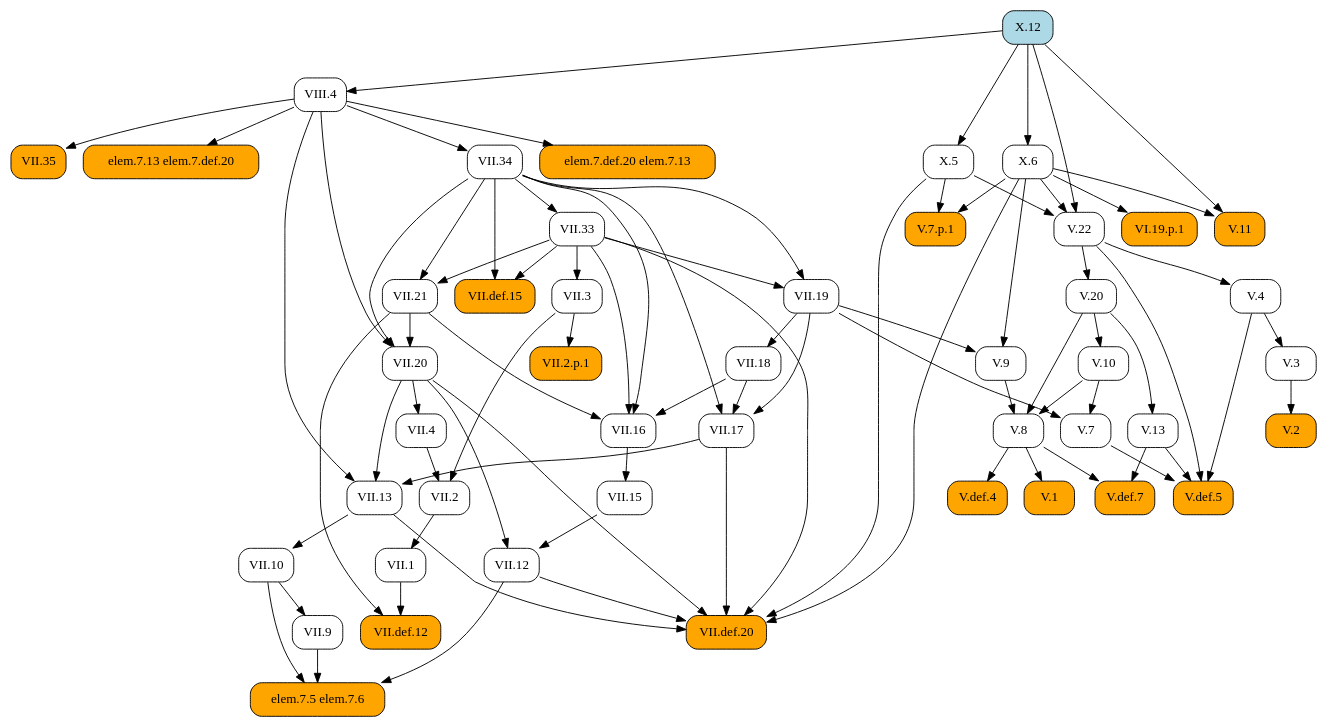
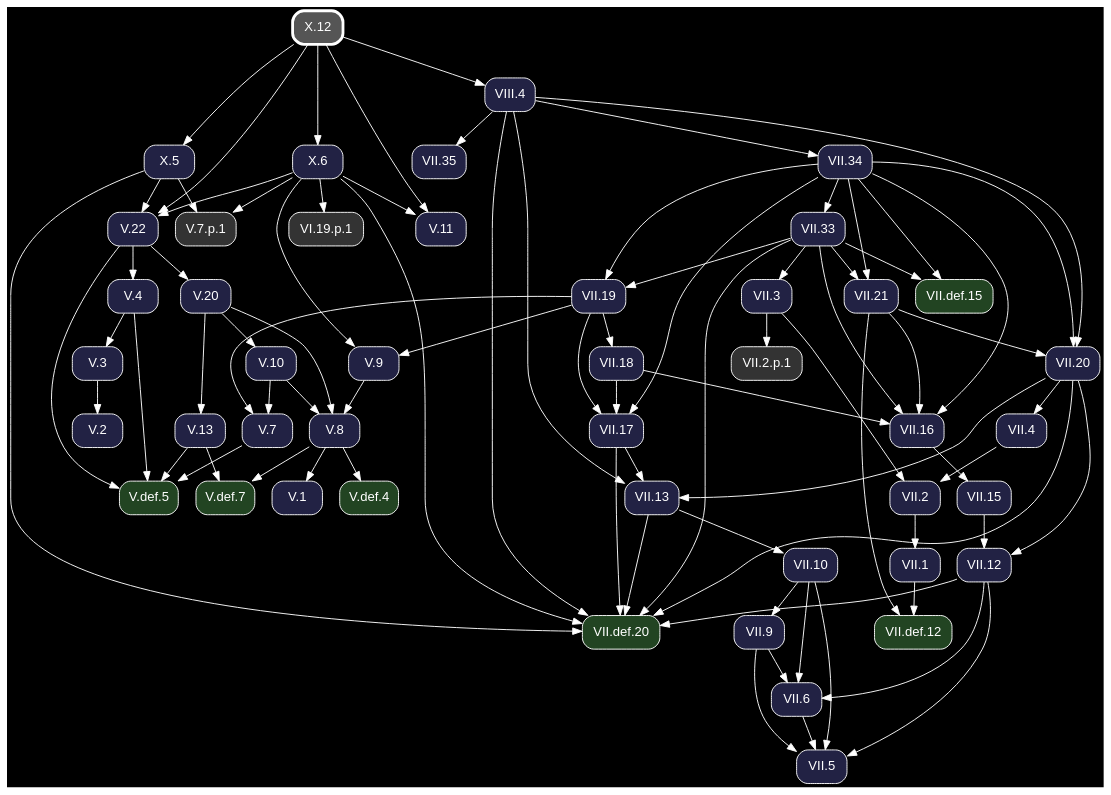
One commit to geometor/elements changed the diagram in docsrc/heath/X/12/index.rst. Above: the diagram before and after it, drawn with Graphviz. The commit also changed other lines of this file and 1200 other files, not shown here.

Commit message:
update dependency graphs

```diff
--- a/docsrc/heath/X/12/index.rst
+++ b/docsrc/heath/X/12/index.rst
@@ -50,98 +50,65 @@
 .. graphviz::
 
    digraph {
+     bgcolor="black";
+     node [shape=box, style="rounded,filled", fontname="Helvetica", color="white", fontcolor="white"];
+     edge [color="white", fontcolor="white"];
      rankdir="TB";
-     node [shape=box, style=rounded];
-     "VII.33" [URL="/heath/VII/33/", target="_top"];
-     "VII.12" [URL="/heath/VII/12/", target="_top"];
-     "elem.7.def.20 elem.7.13" [style="rounded,filled", fillcolor=orange];
-     "elem.7.5 elem.7.6" [style="rounded,filled", fillcolor=orange];
-     "VII.9" [URL="/heath/VII/9/", target="_top"];
-     "VII.34" [URL="/heath/VII/34/", target="_top"];
-     "V.13" [URL="/heath/V/13/", target="_top"];
-     "VII.18" [URL="/heath/VII/18/", target="_top"];
-     "VII.16" [URL="/heath/VII/16/", target="_top"];
-     "V.7" [URL="/heath/V/7/", target="_top"];
-     "V.7.p.1" [style="rounded,filled", fillcolor=orange];
-     "X.12" [style="rounded,filled", fillcolor=lightblue, URL="/heath/X/12/", target="_top"];
-     "V.def.5" [style="rounded,filled", fillcolor=orange, URL="/heath/V/def.5/", target="_top"];
-     "X.6" [URL="/heath/X/6/", target="_top"];
-     "V.9" [URL="/heath/V/9/", target="_top"];
-     "VII.10" [URL="/heath/VII/10/", target="_top"];
-     "VII.13" [URL="/heath/VII/13/", target="_top"];
-     "V.10" [URL="/heath/V/10/", target="_top"];
-     "VIII.4" [URL="/heath/VIII/4/", target="_top"];
-     "V.4" [URL="/heath/V/4/", target="_top"];
-     "V.20" [URL="/heath/V/20/", target="_top"];
-     "VII.35" [style="rounded,filled", fillcolor=orange, URL="/heath/VII/35/", target="_top"];
-     "VII.def.15" [style="rounded,filled", fillcolor=orange, URL="/heath/VII/def.15/", target="_top"];
-     "V.11" [style="rounded,filled", fillcolor=orange, URL="/heath/V/11/", target="_top"];
-     "VII.17" [URL="/heath/VII/17/", target="_top"];
-     "VII.19" [URL="/heath/VII/19/", target="_top"];
-     "VII.2" [URL="/heath/VII/2/", target="_top"];
-     "VII.def.20" [style="rounded,filled", fillcolor=orange, URL="/heath/VII/def.20/", target="_top"];
-     "VII.2.p.1" [style="rounded,filled", fillcolor=orange];
-     "V.def.4" [style="rounded,filled", fillcolor=orange, URL="/heath/V/def.4/", target="_top"];
-     "VII.15" [URL="/heath/VII/15/", target="_top"];
-     "V.2" [style="rounded,filled", fillcolor=orange, URL="/heath/V/2/", target="_top"];
-     "V.def.7" [style="rounded,filled", fillcolor=orange, URL="/heath/V/def.7/", target="_top"];
-     "V.3" [URL="/heath/V/3/", target="_top"];
-     "X.5" [URL="/heath/X/5/", target="_top"];
-     "VII.21" [URL="/heath/VII/21/", target="_top"];
-     "VI.19.p.1" [style="rounded,filled", fillcolor=orange];
-     "VII.1" [URL="/heath/VII/1/", target="_top"];
-     "V.8" [URL="/heath/V/8/", target="_top"];
-     "VII.4" [URL="/heath/VII/4/", target="_top"];
-     "VII.def.12" [style="rounded,filled", fillcolor=orange, URL="/heath/VII/def.12/", target="_top"];
-     "V.22" [URL="/heath/V/22/", target="_top"];
-     "V.1" [style="rounded,filled", fillcolor=orange, URL="/heath/V/1/", target="_top"];
-     "elem.7.13 elem.7.def.20" [style="rounded,filled", fillcolor=orange];
-     "VII.3" [URL="/heath/VII/3/", target="_top"];
-     "VII.20" [URL="/heath/VII/20/", target="_top"];
-     "VII.34" -> "VII.33";
-     "VII.15" -> "VII.12";
-     "VII.20" -> "VII.12";
-     "VIII.4" -> "elem.7.def.20 elem.7.13";
-     "VII.9" -> "elem.7.5 elem.7.6";
-     "VII.10" -> "elem.7.5 elem.7.6";
-     "VII.12" -> "elem.7.5 elem.7.6";
-     "VII.10" -> "VII.9";
-     "VIII.4" -> "VII.34";
-     "V.20" -> "V.13";
-     "VII.19" -> "VII.18";
-     "VII.18" -> "VII.16";
-     "VII.21" -> "VII.16";
-     "VII.33" -> "VII.16";
-     "VII.34" -> "VII.16";
-     "V.10" -> "V.7";
-     "VII.19" -> "V.7";
-     "X.5" -> "V.7.p.1";
-     "X.6" -> "V.7.p.1";
+     "V.def.5" [fillcolor="#224422", URL="/heath/V/def.5/", target="_top"];
+     "V.22" [fillcolor="#222244", URL="/heath/V/22/", target="_top"];
+     "VII.33" [fillcolor="#222244", URL="/heath/VII/33/", target="_top"];
+     "X.6" [fillcolor="#222244", URL="/heath/X/6/", target="_top"];
+     "VII.18" [fillcolor="#222244", URL="/heath/VII/18/", target="_top"];
+     "VII.2" [fillcolor="#222244", URL="/heath/VII/2/", target="_top"];
+     "VII.def.20" [fillcolor="#224422", URL="/heath/VII/def.20/", target="_top"];
+     "VII.1" [fillcolor="#222244", URL="/heath/VII/1/", target="_top"];
+     "VII.13" [fillcolor="#222244", URL="/heath/VII/13/", target="_top"];
+     "VI.19.p.1" [fillcolor="#333333"];
+     "VII.4" [fillcolor="#222244", URL="/heath/VII/4/", target="_top"];
+     "V.4" [fillcolor="#222244", URL="/heath/V/4/", target="_top"];
+     "VII.21" [fillcolor="#222244", URL="/heath/VII/21/", target="_top"];
+     "VII.9" [fillcolor="#222244", URL="/heath/VII/9/", target="_top"];
+     "V.7" [fillcolor="#222244", URL="/heath/V/7/", target="_top"];
+     "VII.12" [fillcolor="#222244", URL="/heath/VII/12/", target="_top"];
+     "V.9" [fillcolor="#222244", URL="/heath/V/9/", target="_top"];
+     "VII.17" [fillcolor="#222244", URL="/heath/VII/17/", target="_top"];
+     "X.12" [penwidth=3, color="white", fillcolor="#555555", URL="/heath/X/12/", target="_top"];
+     "V.11" [fillcolor="#222244", URL="/heath/V/11/", target="_top"];
+     "V.def.7" [fillcolor="#224422", URL="/heath/V/def.7/", target="_top"];
+     "VII.20" [fillcolor="#222244", URL="/heath/VII/20/", target="_top"];
+     "V.def.4" [fillcolor="#224422", URL="/heath/V/def.4/", target="_top"];
+     "V.20" [fillcolor="#222244", URL="/heath/V/20/", target="_top"];
+     "VII.5" [fillcolor="#222244", URL="/heath/VII/5/", target="_top"];
+     "X.5" [fillcolor="#222244", URL="/heath/X/5/", target="_top"];
+     "VII.34" [fillcolor="#222244", URL="/heath/VII/34/", target="_top"];
+     "VII.def.15" [fillcolor="#224422", URL="/heath/VII/def.15/", target="_top"];
+     "VII.2.p.1" [fillcolor="#333333"];
+     "VII.6" [fillcolor="#222244", URL="/heath/VII/6/", target="_top"];
+     "VII.16" [fillcolor="#222244", URL="/heath/VII/16/", target="_top"];
+     "VII.15" [fillcolor="#222244", URL="/heath/VII/15/", target="_top"];
+     "V.2" [fillcolor="#222244", URL="/heath/V/2/", target="_top"];
+     "V.1" [fillcolor="#222244", URL="/heath/V/1/", target="_top"];
+     "VII.10" [fillcolor="#222244", URL="/heath/VII/10/", target="_top"];
+     "V.3" [fillcolor="#222244", URL="/heath/V/3/", target="_top"];
+     "VIII.4" [fillcolor="#222244", URL="/heath/VIII/4/", target="_top"];
+     "VII.def.12" [fillcolor="#224422", URL="/heath/VII/def.12/", target="_top"];
+     "VII.19" [fillcolor="#222244", URL="/heath/VII/19/", target="_top"];
+     "V.13" [fillcolor="#222244", URL="/heath/V/13/", target="_top"];
+     "V.8" [fillcolor="#222244", URL="/heath/V/8/", target="_top"];
+     "V.7.p.1" [fillcolor="#333333"];
+     "VII.3" [fillcolor="#222244", URL="/heath/VII/3/", target="_top"];
+     "VII.35" [fillcolor="#222244", URL="/heath/VII/35/", target="_top"];
+     "V.10" [fillcolor="#222244", URL="/heath/V/10/", target="_top"];
      "V.4" -> "V.def.5";
      "V.7" -> "V.def.5";
      "V.13" -> "V.def.5";
      "V.22" -> "V.def.5";
+     "X.5" -> "V.22";
+     "X.6" -> "V.22";
+     "X.12" -> "V.22";
+     "VII.34" -> "VII.33";
      "X.12" -> "X.6";
-     "VII.19" -> "V.9";
-     "X.6" -> "V.9";
-     "VII.13" -> "VII.10";
-     "VII.17" -> "VII.13";
-     "VII.20" -> "VII.13";
-     "VIII.4" -> "VII.13";
-     "V.20" -> "V.10";
-     "X.12" -> "VIII.4";
-     "V.22" -> "V.4";
-     "V.22" -> "V.20";
-     "VIII.4" -> "VII.35";
-     "VII.33" -> "VII.def.15";
-     "VII.34" -> "VII.def.15";
-     "X.6" -> "V.11";
-     "X.12" -> "V.11";
-     "VII.18" -> "VII.17";
-     "VII.19" -> "VII.17";
-     "VII.34" -> "VII.17";
-     "VII.33" -> "VII.19";
-     "VII.34" -> "VII.19";
+     "VII.19" -> "VII.18";
      "VII.3" -> "VII.2";
      "VII.4" -> "VII.2";
      "VII.12" -> "VII.def.20";
@@ -149,33 +116,70 @@
      "VII.17" -> "VII.def.20";
      "VII.20" -> "VII.def.20";
      "VII.33" -> "VII.def.20";
+     "VIII.4" -> "VII.def.20";
      "X.5" -> "VII.def.20";
      "X.6" -> "VII.def.20";
+     "VII.2" -> "VII.1";
+     "VII.17" -> "VII.13";
+     "VII.20" -> "VII.13";
+     "VIII.4" -> "VII.13";
+     "X.6" -> "VI.19.p.1";
+     "VII.20" -> "VII.4";
+     "V.22" -> "V.4";
+     "VII.33" -> "VII.21";
+     "VII.34" -> "VII.21";
+     "VII.10" -> "VII.9";
+     "V.10" -> "V.7";
+     "VII.19" -> "V.7";
+     "VII.15" -> "VII.12";
+     "VII.20" -> "VII.12";
+     "VII.19" -> "V.9";
+     "X.6" -> "V.9";
+     "VII.18" -> "VII.17";
+     "VII.19" -> "VII.17";
+     "VII.34" -> "VII.17";
+     "X.6" -> "V.11";
+     "X.12" -> "V.11";
+     "V.8" -> "V.def.7";
+     "V.13" -> "V.def.7";
+     "VII.21" -> "VII.20";
+     "VII.34" -> "VII.20";
+     "VIII.4" -> "VII.20";
+     "V.8" -> "V.def.4";
+     "V.22" -> "V.20";
+     "VII.6" -> "VII.5";
+     "VII.9" -> "VII.5";
+     "VII.10" -> "VII.5";
+     "VII.12" -> "VII.5";
+     "X.12" -> "X.5";
+     "VIII.4" -> "VII.34";
+     "VII.33" -> "VII.def.15";
+     "VII.34" -> "VII.def.15";
      "VII.3" -> "VII.2.p.1";
-     "V.8" -> "V.def.4";
+     "VII.9" -> "VII.6";
+     "VII.10" -> "VII.6";
+     "VII.12" -> "VII.6";
+     "VII.18" -> "VII.16";
+     "VII.21" -> "VII.16";
+     "VII.33" -> "VII.16";
+     "VII.34" -> "VII.16";
      "VII.16" -> "VII.15";
      "V.3" -> "V.2";
-     "V.8" -> "V.def.7";
-     "V.13" -> "V.def.7";
+     "V.8" -> "V.1";
+     "VII.13" -> "VII.10";
      "V.4" -> "V.3";
-     "X.12" -> "X.5";
-     "VII.33" -> "VII.21";
-     "VII.34" -> "VII.21";
-     "X.6" -> "VI.19.p.1";
-     "VII.2" -> "VII.1";
+     "X.12" -> "VIII.4";
+     "VII.1" -> "VII.def.12";
+     "VII.21" -> "VII.def.12";
+     "VII.33" -> "VII.19";
+     "VII.34" -> "VII.19";
+     "V.20" -> "V.13";
      "V.9" -> "V.8";
      "V.10" -> "V.8";
      "V.20" -> "V.8";
-     "VII.20" -> "VII.4";
-     "VII.1" -> "VII.def.12";
-     "VII.21" -> "VII.def.12";
-     "X.5" -> "V.22";
-     "X.6" -> "V.22";
-     "X.12" -> "V.22";
-     "V.8" -> "V.1";
-     "VIII.4" -> "elem.7.13 elem.7.def.20";
+     "X.5" -> "V.7.p.1";
+     "X.6" -> "V.7.p.1";
      "VII.33" -> "VII.3";
-     "VII.21" -> "VII.20";
-     "VII.34" -> "VII.20";
-     "VIII.4" -> "VII.20";
+     "VIII.4" -> "VII.35";
+     "V.20" -> "V.10";
    }
```
